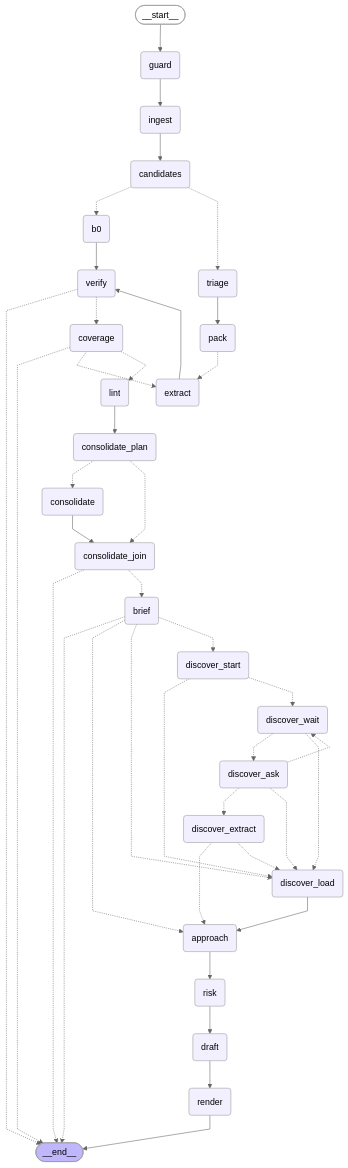
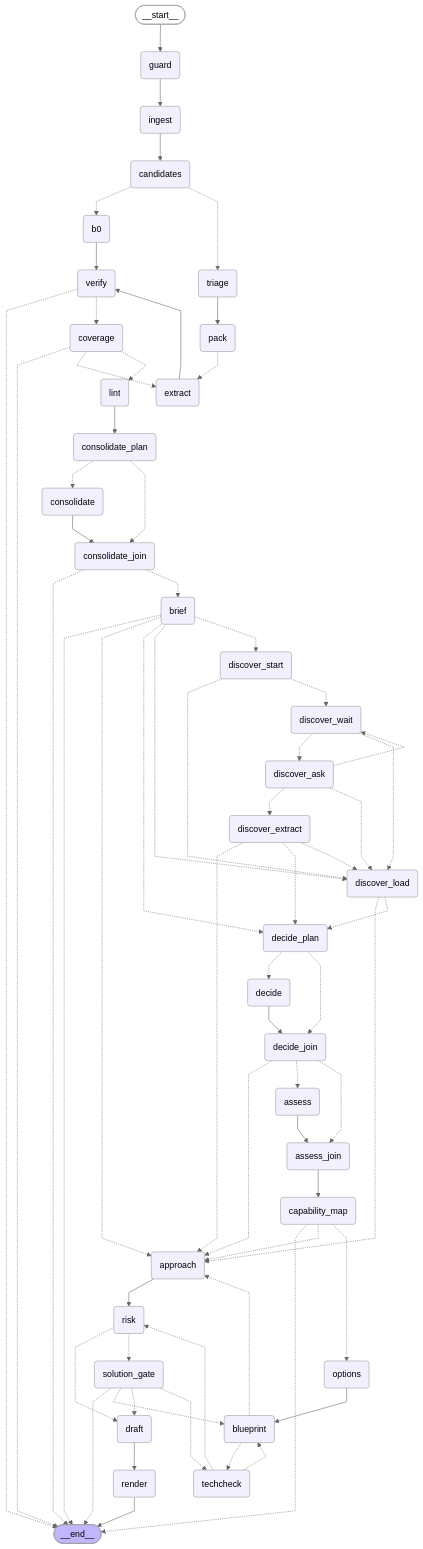
The diagram in docs/agents.md (chouaibhoues-code/bidwright-rfp-agent), drawn with Mermaid (neutral theme) before and after one commit. The commit also changed 15 other files, not shown here.

First line of the commit message:
Iteration 3, step 12a: wire the solution path, the gate and the switches

```diff
--- a/docs/agents.md
+++ b/docs/agents.md
@@ -120,18 +120,36 @@
 	risk(risk)
 	draft(draft)
 	render(render)
+	decide_plan(decide_plan)
+	decide_join(decide_join)
+	assess_join(assess_join)
+	capability_map(capability_map)
+	options(options)
+	blueprint(blueprint)
+	techcheck(techcheck)
+	solution_gate(solution_gate)
 	extract(extract)
 	consolidate(consolidate)
+	decide(decide)
+	assess(assess)
 	__end__([<p>__end__</p>]):::last
 	__start__ --> guard;
 	approach --> risk;
+	assess --> assess_join;
+	assess_join --> capability_map;
 	b0 --> verify;
+	blueprint -.-> approach;
+	blueprint -.-> techcheck;
 	brief -.-> __end__;
 	brief -.-> approach;
+	brief -.-> decide_plan;
 	brief -.-> discover_load;
 	brief -.-> discover_start;
 	candidates -.-> b0;
 	candidates -.-> triage;
+	capability_map -.-> __end__;
+	capability_map -.-> approach;
+	capability_map -.-> options;
 	consolidate --> consolidate_join;
 	consolidate_join -.-> __end__;
 	consolidate_join -.-> brief;
@@ -140,12 +158,20 @@
 	coverage -.-> __end__;
 	coverage -.-> extract;
 	coverage -.-> lint;
+	decide --> decide_join;
+	decide_join -.-> approach;
+	decide_join -.-> assess;
+	decide_join -.-> assess_join;
+	decide_plan -.-> decide;
+	decide_plan -.-> decide_join;
 	discover_ask -.-> discover_extract;
 	discover_ask -.-> discover_load;
 	discover_ask -.-> discover_wait;
 	discover_extract -.-> approach;
+	discover_extract -.-> decide_plan;
 	discover_extract -.-> discover_load;
-	discover_load --> approach;
+	discover_load -.-> approach;
+	discover_load -.-> decide_plan;
 	discover_start -.-> discover_load;
 	discover_start -.-> discover_wait;
 	discover_wait -.-> discover_ask;
@@ -155,8 +181,16 @@
 	guard --> ingest;
 	ingest --> candidates;
 	lint --> consolidate_plan;
+	options --> blueprint;
 	pack -.-> extract;
-	risk --> draft;
+	risk -.-> draft;
+	risk -.-> solution_gate;
+	solution_gate -.-> __end__;
+	solution_gate -.-> blueprint;
+	solution_gate -.-> draft;
+	solution_gate -.-> techcheck;
+	techcheck -.-> blueprint;
+	techcheck -.-> risk;
 	triage --> pack;
 	verify -.-> __end__;
 	verify -.-> coverage;
```
